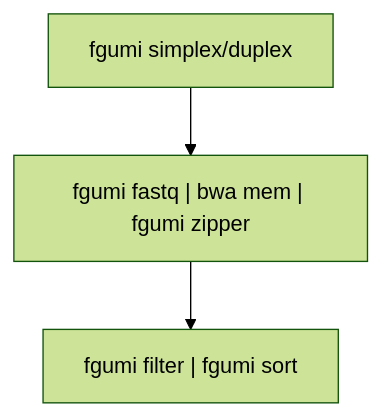
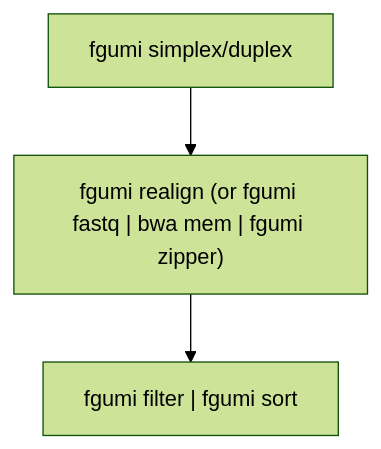
Before and after one commit to fulcrumgenomics/fgumi: the second of 5 diagrams in docs/src/guide/best-practices.md, drawn with Mermaid (forest theme). The commit also changed other lines of this file and 13 other files, not shown here.

First line of the commit message:
docs: document fgumi realign across the guides (#1082)

````diff
--- a/docs/src/guide/best-practices.md
+++ b/docs/src/guide/best-practices.md
@@ -163,5 +163,5 @@
 ```mermaid
 graph TD;
-A["fgumi simplex/duplex"]-->B["fgumi fastq | bwa mem | fgumi zipper"];
+A["fgumi simplex/duplex"]-->B["fgumi realign (or fgumi fastq | bwa mem | fgumi zipper)"];
 B-->C["fgumi filter | fgumi sort"];
 ```
````
